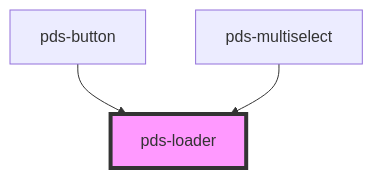
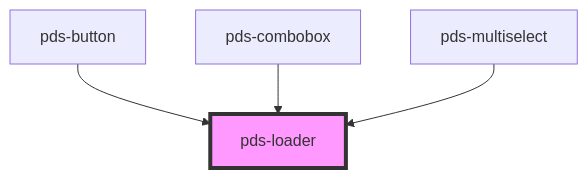
Before and after one commit to Kajabi/pine: the diagram in libs/core/src/components/pds-loader/readme.md, drawn with Mermaid. The commit also changed other lines of this file and 8 other files, not shown here.

First line of the commit message:
feat(pds-combobox): add async to pds-combobox (#651)

````diff
--- a/libs/core/src/components/pds-loader/readme.md
+++ b/libs/core/src/components/pds-loader/readme.md
@@ -40,6 +41,7 @@
 ```mermaid
 graph TD;
   pds-button --> pds-loader
+  pds-combobox --> pds-loader
   pds-multiselect --> pds-loader
   style pds-loader fill:#f9f,stroke:#333,stroke-width:4px
 ```
````
